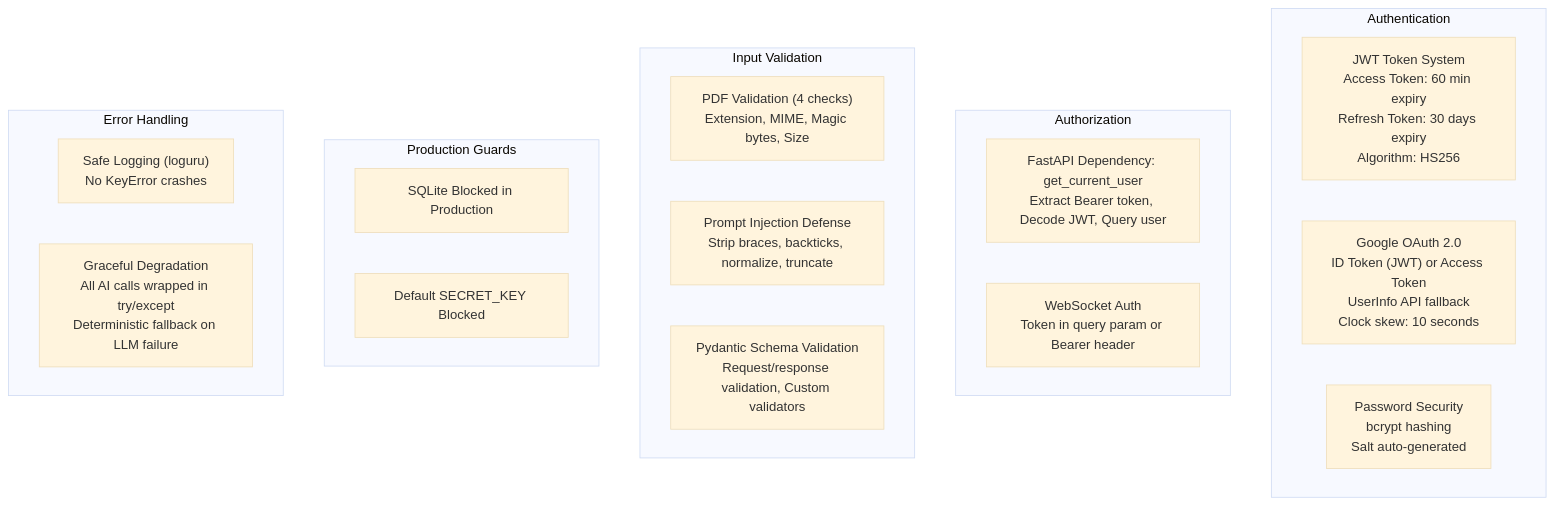
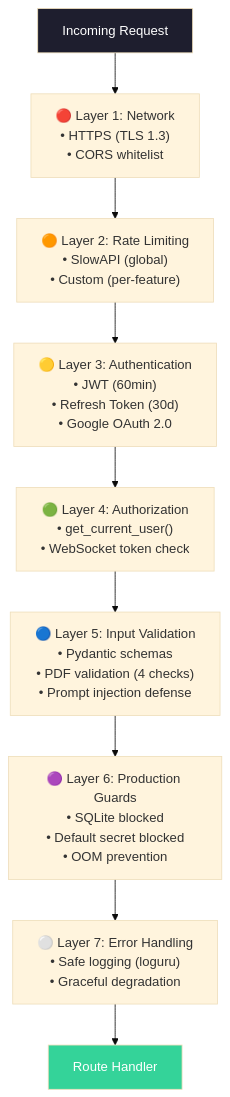
Before and after one commit to Anil-Pradhan-web/ai-career-mentor: diagram 25 of 33 in ARCHITECTURE.md, drawn with Mermaid (base theme). The commit also changed other lines of this file and 2 other files, not shown here.

Commit message:
docs: deduplicate and clean up README, ARCHITECTURE, and SYSTEM files

````diff
--- a/ARCHITECTURE.md
+++ b/ARCHITECTURE.md
@@ -1552,40 +1456,17 @@
 ```mermaid
-graph TB
-    classDef auth fill:#818cf8,color:#fff,stroke:#6366f1
-    classDef input fill:#f59e0b,color:#fff,stroke:#d97706
-    classDef guard fill:#ef4444,color:#fff,stroke:#dc2626
-    classDef error fill:#34d399,color:#fff,stroke:#10b981
+flowchart TD
+    REQ["Incoming Request"]
+    
+    L1["🔴 Layer 1: Network<br/>• HTTPS (TLS 1.3)<br/>• CORS whitelist"]
+    L2["🟠 Layer 2: Rate Limiting<br/>• SlowAPI (global)<br/>• Custom (per-feature)"]
+    L3["🟡 Layer 3: Authentication<br/>• JWT (60min)<br/>• Refresh Token (30d)<br/>• Google OAuth 2.0"]
+    L4["🟢 Layer 4: Authorization<br/>• get_current_user()<br/>• WebSocket token check"]
+    L5["🔵 Layer 5: Input Validation<br/>• Pydantic schemas<br/>• PDF validation (4 checks)<br/>• Prompt injection defense"]
+    L6["🟣 Layer 6: Production Guards<br/>• SQLite blocked<br/>• Default secret blocked<br/>• OOM prevention"]
+    L7["⚪ Layer 7: Error Handling<br/>• Safe logging (loguru)<br/>• Graceful degradation"]
+    
+    REQ --> L1 --> L2 --> L3 --> L4 --> L5 --> L6 --> L7 --> HANDLER["Route Handler"]
 
-    subgraph "Authentication"
-        JWT["JWT Token System<br/>Access Token: 60 min expiry<br/>Refresh Token: 30 days expiry<br/>Algorithm: HS256"]
-        
-        OAUTH["Google OAuth 2.0<br/>ID Token (JWT) or Access Token<br/>UserInfo API fallback<br/>Clock skew: 10 seconds"]
-        
-        PWD["Password Security<br/>bcrypt hashing<br/>Salt auto-generated"]
-    end
-    
-    subgraph "Authorization"
-        AUTH_DEP["FastAPI Dependency: get_current_user<br/>Extract Bearer token, Decode JWT, Query user"]
-        
-        WS_AUTH["WebSocket Auth<br/>Token in query param or Bearer header"]
-    end
-    
-    subgraph "Input Validation"
-        PDF_VAL["PDF Validation (4 checks)<br/>Extension, MIME, Magic bytes, Size"]
-        
-        SANITIZE["Prompt Injection Defense<br/>Strip braces, backticks, normalize, truncate"]
-        
-        PYDANTIC["Pydantic Schema Validation<br/>Request/response validation, Custom validators"]
-    end
-    
-    subgraph "Production Guards"
-        SQL_GUARD["SQLite Blocked in Production"]
-        SECRET_GUARD["Default SECRET_KEY Blocked"]
-    end
-    
-    subgraph "Error Handling"
-        SAFE_LOG["Safe Logging (loguru)<br/>No KeyError crashes"]
-        
-        GRACEFUL["Graceful Degradation<br/>All AI calls wrapped in try/except<br/>Deterministic fallback on LLM failure"]
-    end
+    style REQ fill:#1e1e2e,color:#fff
+    style HANDLER fill:#34d399,color:#fff
 ```
````
